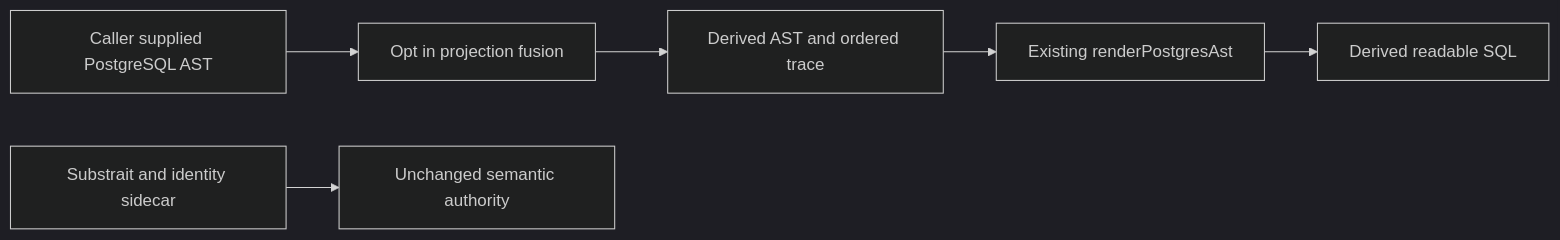
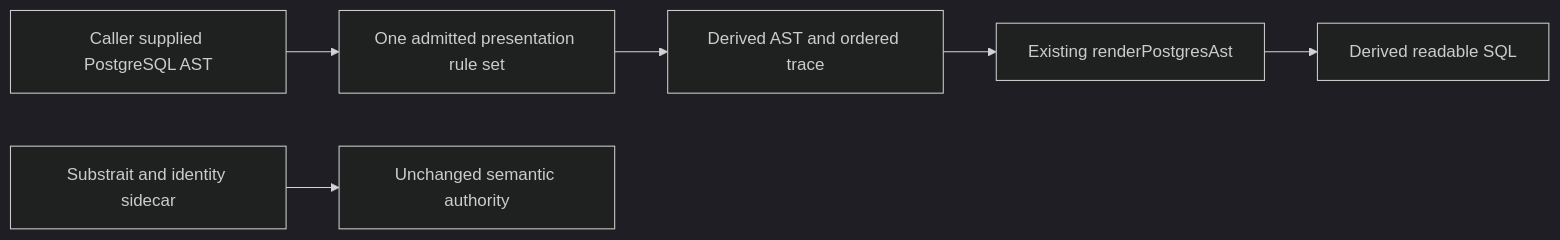
The diagram in docs/architecture/components/adapters/postgres-sql-presentation.md (dunay2/dvt), drawn with Mermaid (dark theme) before and after one commit. The commit also changed other lines of this file and 14 other files, not shown here.

Commit message:
feat(adapters): Complete admitted PostgreSQL presentation rules (#3809)

````diff
--- a/docs/architecture/components/adapters/postgres-sql-presentation.md
+++ b/docs/architecture/components/adapters/postgres-sql-presentation.md
@@ -26,8 +27,8 @@
 ```mermaid
 flowchart LR
-    AST[Caller supplied PostgreSQL AST] --> Query[Opt in projection fusion]
+    AST[Caller supplied PostgreSQL AST] --> Query[One admitted presentation rule set]
     Query --> Result[Derived AST and ordered trace]
     Result --> Render[Existing renderPostgresAst]
     Render --> SQL[Derived readable SQL]
     Canonical[Substrait and identity sidecar] --> Retained[Unchanged semantic authority]
 ```
````
